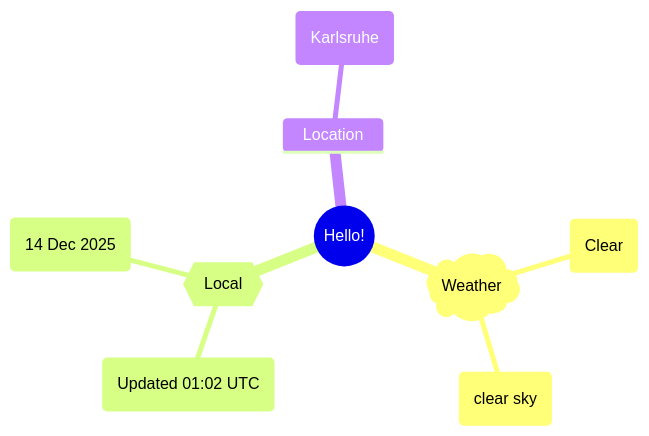
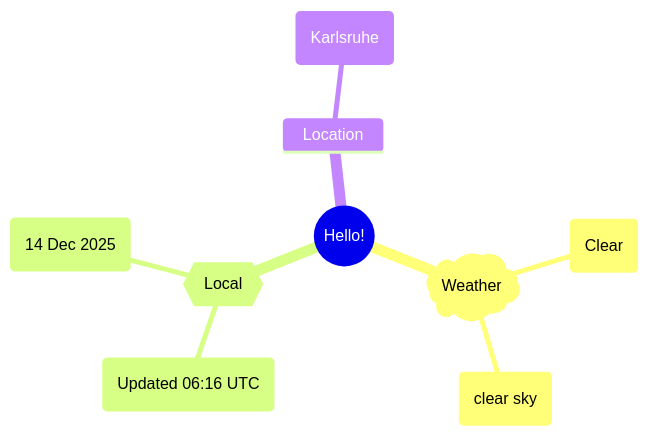
One commit to Xosrov/Xosrov changed the first of 2 diagrams in README.md. Above: the diagram before and after it, drawn with Mermaid.

Commit message:
[bot] updated images

````diff
--- a/README.md
+++ b/README.md
@@ -3,12 +3,12 @@
 ```mermaid
 mindmap
   root((Hello!))
     )Weather(
         (Clear)
         (clear sky)
     {{Local}}
-        (Updated 01:02 UTC)
+        (Updated 06:16 UTC)
         (14 Dec 2025)
     Location
         (Karlsruhe)
 ```
````
